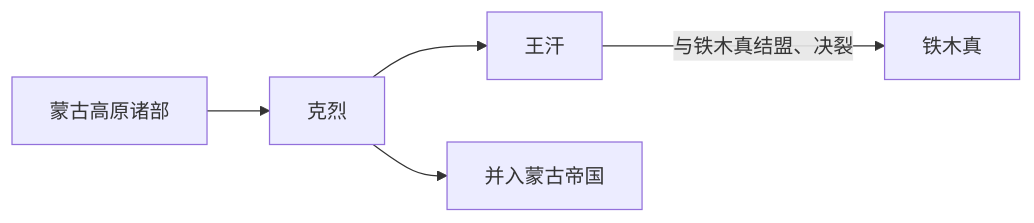
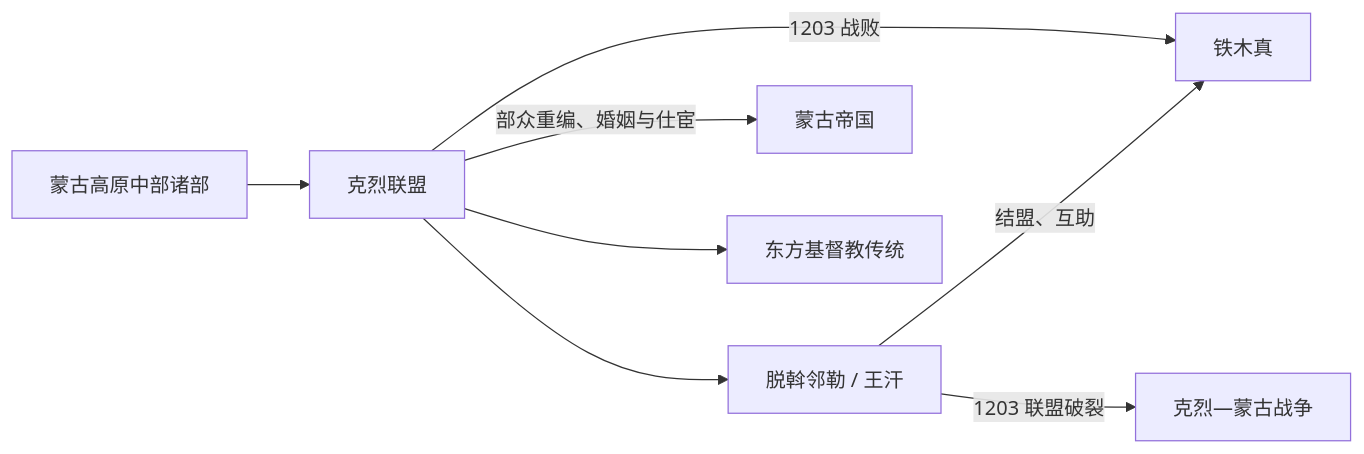
The diagram in 人文科学/历史/东亚/中国/_民族/蒙古语族与东胡/蒙古帝国前诸部/克烈.md (tianlan-dev/learning-notes), drawn with Mermaid before and after one commit. The commit also changed other lines of this file and 180 other files, not shown here.

````diff
--- a/人文科学/历史/东亚/中国/_民族/蒙古语族与东胡/蒙古帝国前诸部/克烈.md
+++ b/人文科学/历史/东亚/中国/_民族/蒙古语族与东胡/蒙古帝国前诸部/克烈.md
@@ -28,7 +17,10 @@
 ```mermaid
 flowchart LR
-  Steppe["蒙古高原诸部"] --> Kereit["克烈"]
-  Kereit --> OngKhan["王汗"]
-  OngKhan -->|与铁木真结盟、决裂| Temujin["铁木真"]
-  Kereit --> Mongol["并入蒙古帝国"]
+  Central["蒙古高原中部诸部"] --> Kereit["克烈联盟"]
+  Kereit --> Toghrul["脱斡邻勒 / 王汗"]
+  Toghrul -->|"结盟、互助"| Temujin["铁木真"]
+  Toghrul -->|"1203 联盟破裂"| War["克烈—蒙古战争"]
+  Kereit -->|"1203 战败"| Temujin
+  Kereit -->|"部众重编、婚姻与仕宦"| Empire["蒙古帝国"]
+  Kereit --> Church["东方基督教传统"]
 ```
````
